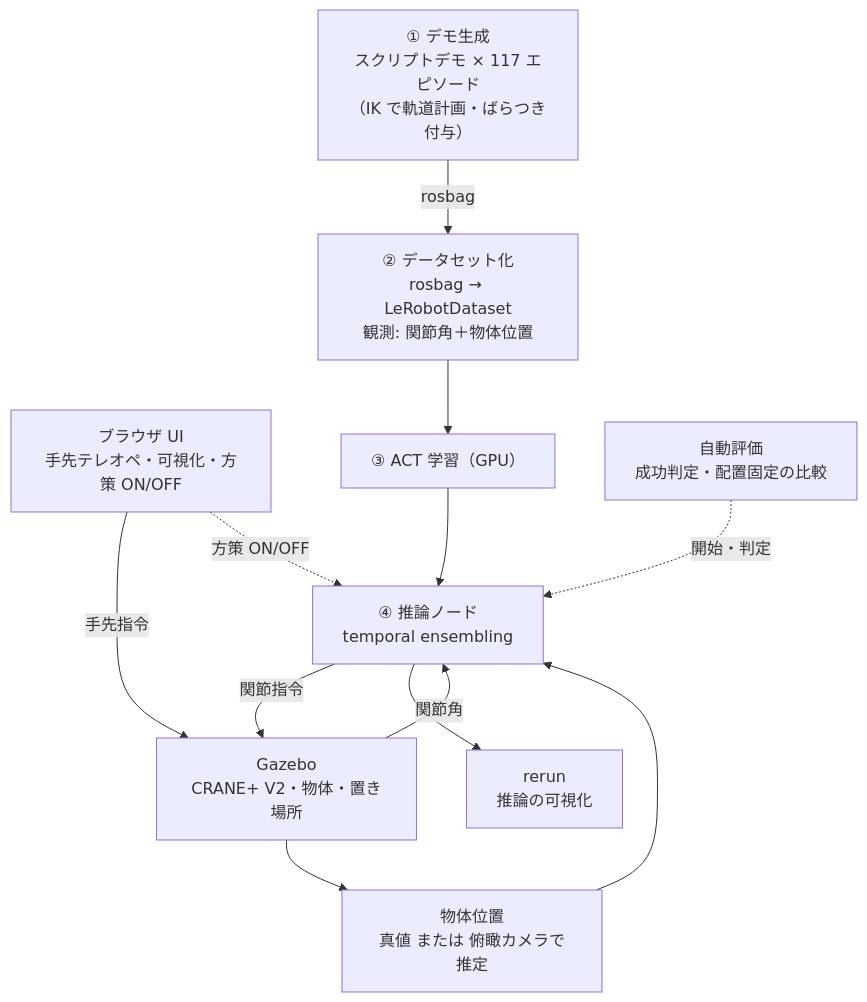
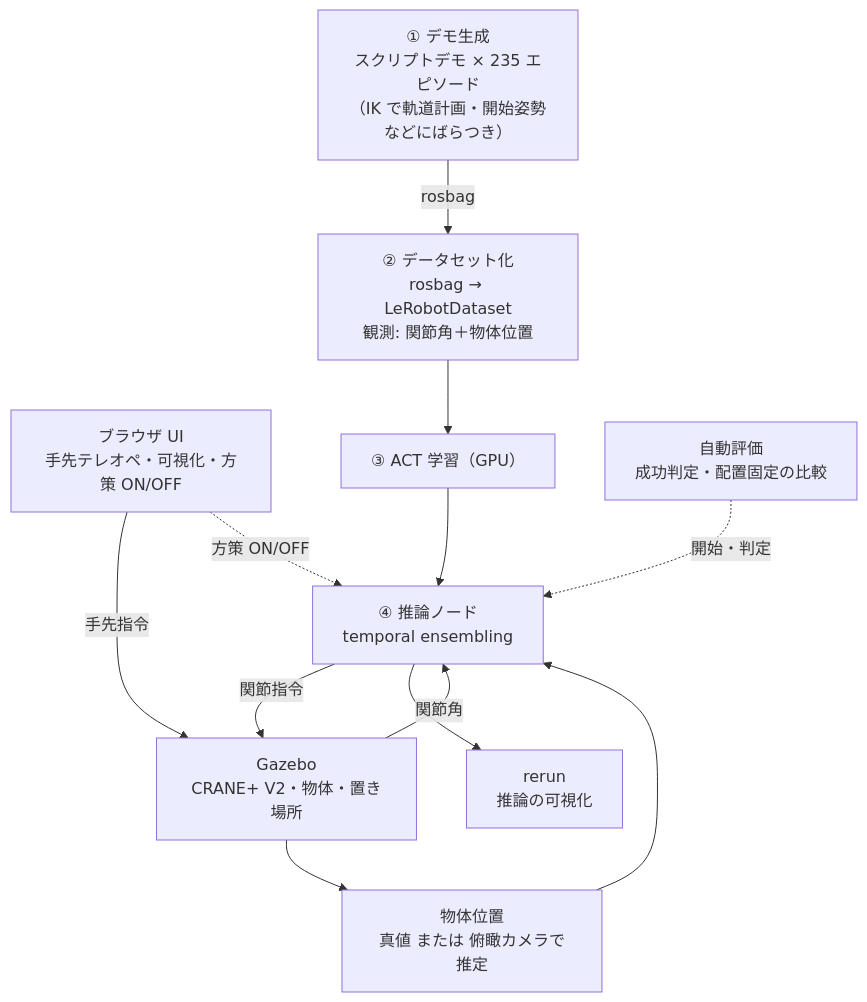
The diagram in README.md (ryota0051/pai-final-task-pick-place), drawn with Mermaid before and after one commit. The commit also changed other lines of this file and 3 other files, not shown here.

````diff
--- a/README.md
+++ b/README.md
@@ -31,21 +33,21 @@
 ```mermaid
 flowchart TD
-  DEMO["① デモ生成<br>スクリプトデモ × 117 エピソード<br>（IK で軌道計画・ばらつき付与）"]
+  DEMO["① デモ生成<br>スクリプトデモ × 235 エピソード<br>（IK で軌道計画・開始姿勢などにばらつき）"]
   UI["ブラウザ UI<br>手先テレオペ・可視化・方策 ON/OFF"]
   DATA["② データセット化<br>rosbag → LeRobotDataset<br>観測: 関節角＋物体位置"]
   TRAIN["③ ACT 学習（GPU）"]
   INFER["④ 推論ノード<br>temporal ensembling"]
   SIM["Gazebo<br>CRANE+ V2・物体・置き場所"]
   OBJ["物体位置<br>真値 または 俯瞰カメラで推定"]
   VIS["rerun<br>推論の可視化"]
   EVAL["自動評価<br>成功判定・配置固定の比較"]
 
   DEMO -- rosbag --> DATA --> TRAIN --> INFER
   INFER -- 関節指令 --> SIM
   SIM -- 関節角 --> INFER
   SIM --> OBJ --> INFER
   INFER --> VIS
   UI -- 手先指令 --> SIM
   UI -. 方策 ON/OFF .-> INFER
   EVAL -. 開始・判定 .-> INFER
 ```
````
